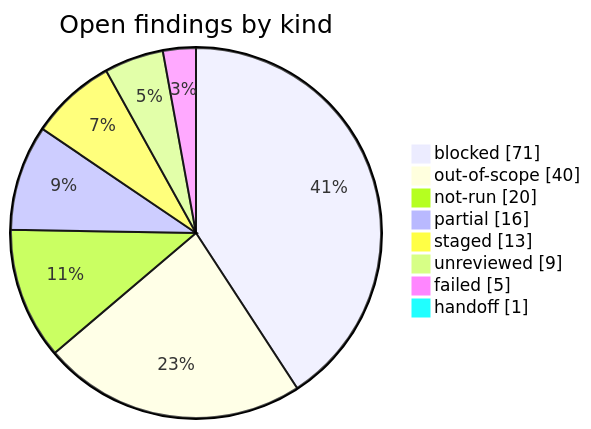
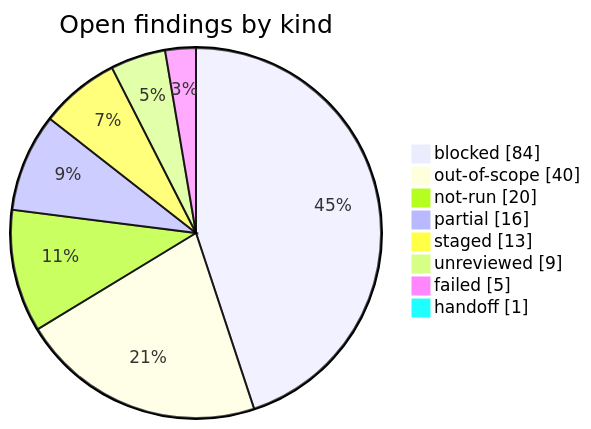
Before and after one commit to korczis/OpenTTD: the diagram in research/open-findings.md, drawn with Mermaid. The commit also changed other lines of this file and 21 other files, not shown here.

````diff
--- a/research/open-findings.md
+++ b/research/open-findings.md
@@ -36,12 +36,12 @@
 ```mermaid
 pie showData title Open findings by kind
     %% links: open-findings.md?col=Kind&filter=blocked#findings | open-findings.md?col=Kind&filter=out-of-scope#findings | open-findings.md?col=Kind&filter=not-run#findings | open-findings.md?col=Kind&filter=partial#findings | open-findings.md?col=Kind&filter=staged#findings | open-findings.md?col=Kind&filter=unreviewed#findings | open-findings.md?col=Kind&filter=failed#findings | open-findings.md?col=Kind&filter=handoff#findings
-    "blocked" : 71
+    "blocked" : 84
     "out-of-scope" : 40
     "not-run" : 20
     "partial" : 16
     "staged" : 13
     "unreviewed" : 9
     "failed" : 5
     "handoff" : 1
 ```
````
